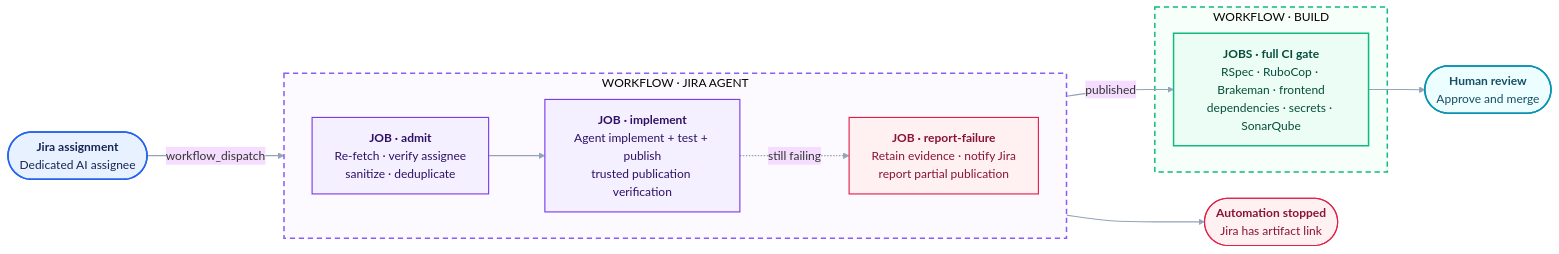
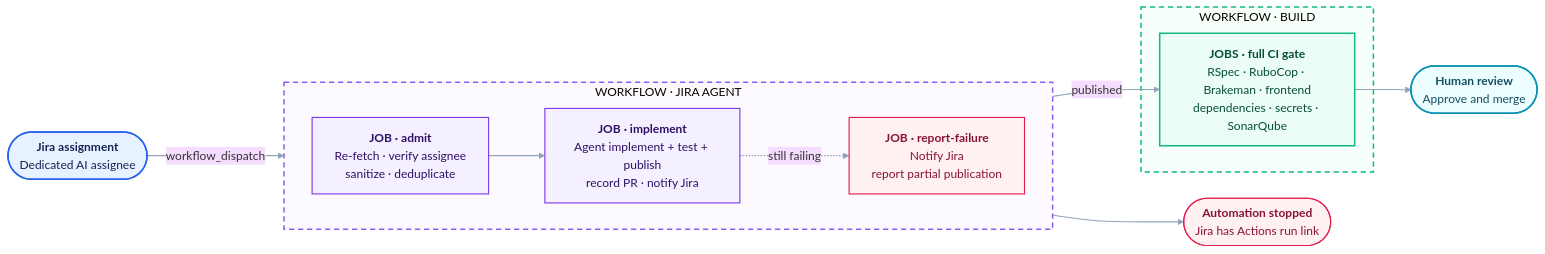
One commit to nishant-compro/mini_jira changed the diagram in docs/jira-agent-deployment.md. Above: the diagram before and after it, drawn with Mermaid (base theme). The commit also changed other lines of this file and 3 other files, not shown here.

Commit message:
fix: update jira agent workflow outputs and error handling

````diff
--- a/docs/jira-agent-deployment.md
+++ b/docs/jira-agent-deployment.md
@@ -19,41 +19,41 @@
 ```mermaid
 flowchart LR
   JIRA(["<b>Jira assignment</b><br/>Dedicated AI assignee"])
 
   subgraph W1["WORKFLOW · JIRA AGENT"]
     direction LR
     ADMIT["<b>JOB · admit</b><br/>Re-fetch · verify assignee<br/>sanitize · deduplicate"]
-    IMPLEMENT["<b>JOB · implement</b><br/>Agent implement + test + publish<br/>trusted publication verification"]
-    REPORT["<b>JOB · report-failure</b><br/>Retain evidence · notify Jira<br/>report partial publication"]
+    IMPLEMENT["<b>JOB · implement</b><br/>Agent implement + test + publish<br/>record PR · notify Jira"]
+    REPORT["<b>JOB · report-failure</b><br/>Notify Jira<br/>report partial publication"]
 
     ADMIT --> IMPLEMENT
     IMPLEMENT -.->|"still failing"| REPORT
   end
 
   subgraph W2["WORKFLOW · BUILD"]
     CI["<b>JOBS · full CI gate</b><br/>RSpec · RuboCop · Brakeman · frontend<br/>dependencies · secrets · SonarQube"]
   end
 
   HUMAN(["<b>Human review</b><br/>Approve and merge"])
-  STOP(["<b>Automation stopped</b><br/>Jira has artifact link"])
+  STOP(["<b>Automation stopped</b><br/>Jira has Actions run link"])
 
   JIRA -->|"workflow_dispatch"| ADMIT
   IMPLEMENT -->|"published"| CI --> HUMAN
   REPORT --> STOP
 
   classDef trigger fill:#E8F1FF,stroke:#2563EB,color:#172554,stroke-width:2px;
   classDef job fill:#F5F0FF,stroke:#7C3AED,color:#2E1065,stroke-width:1.5px;
   classDef gate fill:#ECFDF5,stroke:#10B981,color:#064E3B,stroke-width:2px;
   classDef stop fill:#FFF1F2,stroke:#E11D48,color:#881337,stroke-width:1.5px;
   classDef human fill:#ECFEFF,stroke:#0891B2,color:#164E63,stroke-width:2px;
 
   class JIRA trigger;
   class ADMIT,IMPLEMENT job;
   class CI gate;
   class REPORT,STOP stop;
   class HUMAN human;
 
   style W1 fill:#FCFAFF,stroke:#8B5CF6,stroke-width:2px,stroke-dasharray:7 5
   style W2 fill:#F6FFFA,stroke:#10B981,stroke-width:2px,stroke-dasharray:7 5
   linkStyle default stroke:#94A3B8,stroke-width:1.5px
 ```
````
